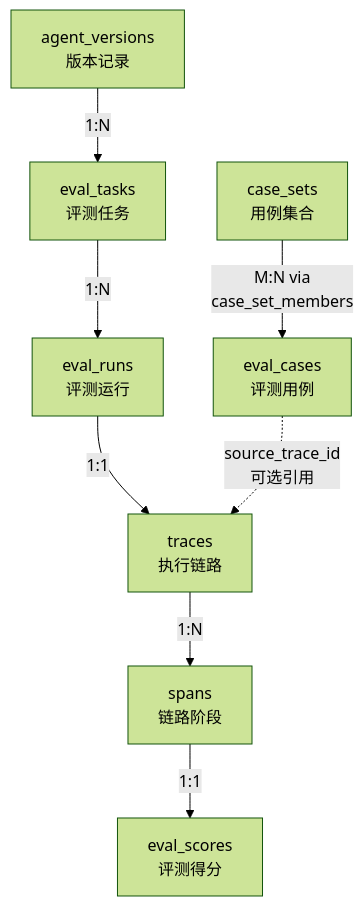
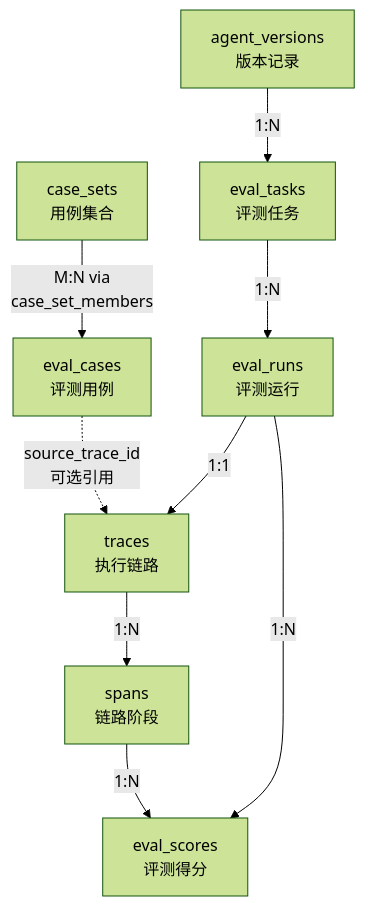
One commit to zengiai/agent-eval changed the first of 3 diagrams in docs/data-model.md. Above: the diagram before and after it, drawn with Mermaid (forest theme). The commit also changed other lines of this file and 26 other files, not shown here.

````diff
--- a/docs/data-model.md
+++ b/docs/data-model.md
@@ -7,10 +7,11 @@
 ```mermaid
 graph TD
     CS[case_sets<br/>用例集合] -->|M:N via<br/>case_set_members| EC[eval_cases<br/>评测用例]
     AV[agent_versions<br/>版本记录] -->|1:N| ET[eval_tasks<br/>评测任务]
     ET -->|1:N| ER[eval_runs<br/>评测运行]
     ER -->|1:1| TR[traces<br/>执行链路]
     TR -->|1:N| SP[spans<br/>链路阶段]
-    SP -->|1:1| ES[eval_scores<br/>评测得分]
+    SP -->|1:N| ES[eval_scores<br/>评测得分]
+    ER -->|1:N| ES
     EC -.->|source_trace_id<br/>可选引用| TR
 ```
````
